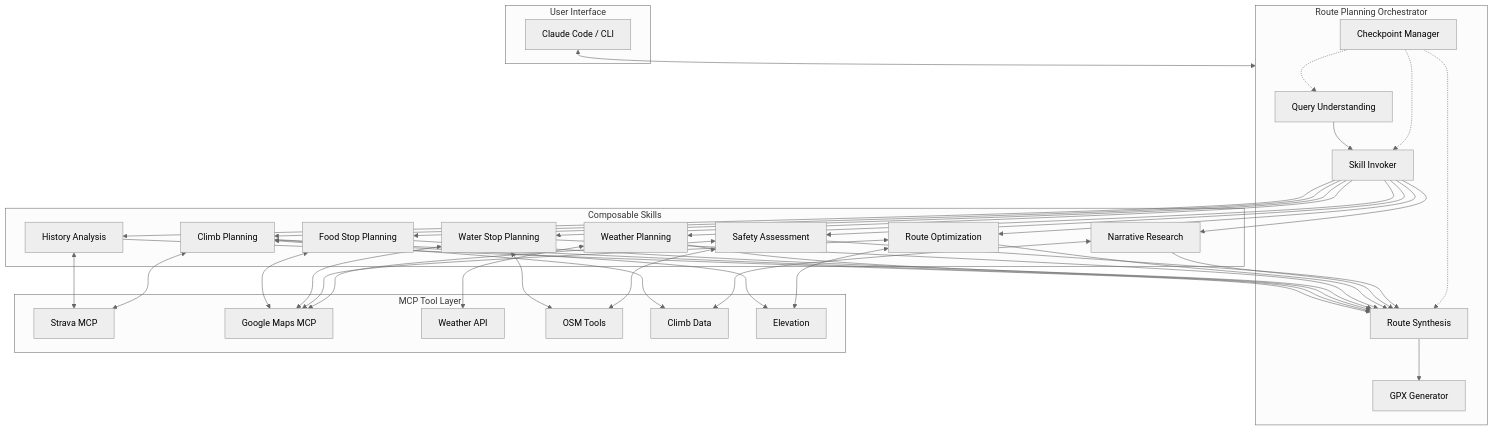
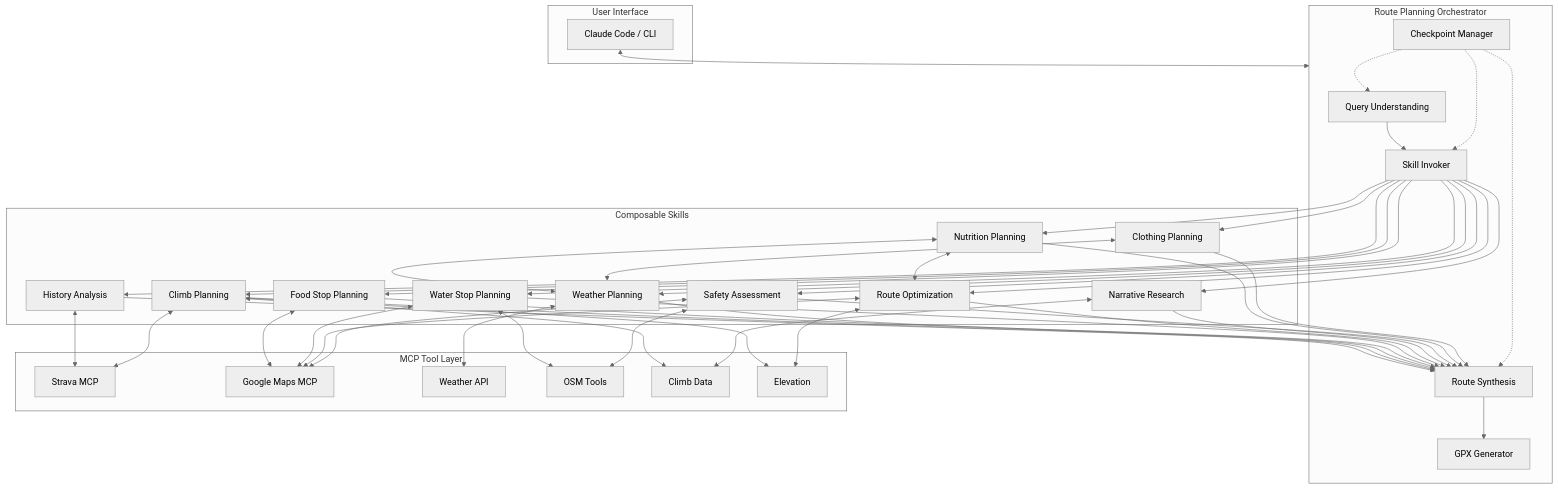
The first of 6 diagrams in docs/architecture.md (bendrucker/route-agent), drawn with Mermaid (neutral theme) before and after one commit. The commit also changed other lines of this file and 10 other files, not shown here.

First line of the commit message:
Add Nutrition Planning and Clothing Planning skills

````diff
--- a/docs/architecture.md
+++ b/docs/architecture.md
@@ -7,52 +7,56 @@
 ```mermaid
 flowchart TB
     subgraph User["User Interface"]
         CC[Claude Code / CLI]
     end
 
     subgraph Orchestrator["Route Planning Orchestrator"]
         QU[Query Understanding]
         SI[Skill Invoker]
         CP[Checkpoint Manager]
         RS[Route Synthesis]
         GPX[GPX Generator]
     end
 
     subgraph Skills["Composable Skills"]
         S1[History Analysis]
         S2[Climb Planning]
         S3[Weather Planning]
         S4[Food Stop Planning]
         S5[Water Stop Planning]
         S6[Route Optimization]
         S7[Narrative Research]
         S8[Safety Assessment]
+        S9[Nutrition Planning]
+        S10[Clothing Planning]
     end
 
     subgraph Tools["MCP Tool Layer"]
         T1[Strava MCP]
         T2[Google Maps MCP]
         T3[Weather API]
         T4[OSM Tools]
         T5[Climb Data]
         T6[Elevation]
     end
 
     CC <--> Orchestrator
     QU --> SI
-    SI --> S1 & S2 & S3 & S4 & S5 & S6 & S7 & S8
-    S1 & S2 & S3 & S4 & S5 & S6 & S7 & S8 --> RS
+    SI --> S1 & S2 & S3 & S4 & S5 & S6 & S7 & S8 & S9 & S10
+    S1 & S2 & S3 & S4 & S5 & S6 & S7 & S8 & S9 & S10 --> RS
     RS --> GPX
     CP -.-> QU
     CP -.-> SI
     CP -.-> RS
 
     S1 <--> T1
     S2 <--> T5 & T6 & T1
     S3 <--> T3
     S4 <--> T2
     S5 <--> T2 & T4
     S6 <--> T2 & T6
     S7 <--> T5
     S8 <--> T2 & T4
+    S9 <--> S3 & S6
+    S10 <--> S3
 ```
````
